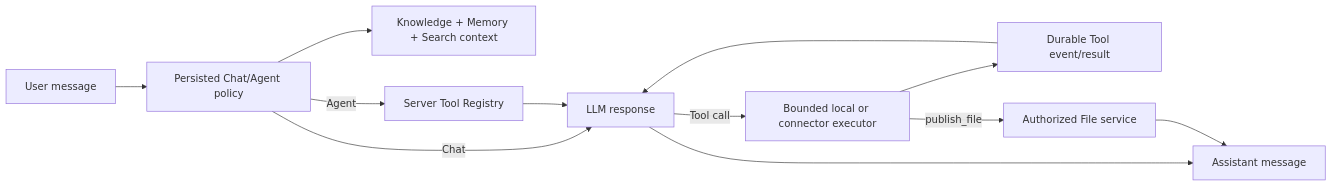
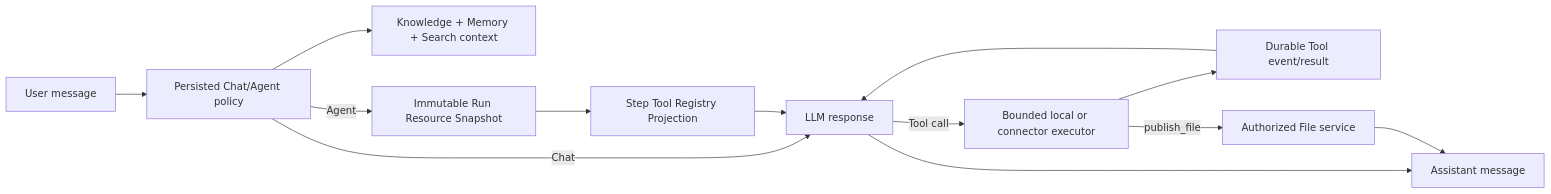
Before and after one commit to mumu-0922/NEObot: the first of 2 diagrams in mm-chat/docs/architecture/agent-runtime.md, drawn with Mermaid. The commit also changed other lines of this file and 14 other files, not shown here.

Commit message:
feat: unify agent runtime resource registry

````diff
--- a/mm-chat/docs/architecture/agent-runtime.md
+++ b/mm-chat/docs/architecture/agent-runtime.md
@@ -24,14 +24,15 @@
 ```mermaid
 flowchart LR
   U[User message] --> P[Persisted Chat/Agent policy]
   P --> C[Knowledge + Memory + Search context]
   P -->|Chat| L[LLM response]
-  P -->|Agent| R[Server Tool Registry]
+  P -->|Agent| S[Immutable Run Resource Snapshot]
+  S --> R[Step Tool Registry Projection]
   R --> L
   L -->|Tool call| X[Bounded local or connector executor]
   X --> E[Durable Tool event/result]
   E --> L
   L --> A[Assistant message]
   X -->|publish_file| F[Authorized File service]
   F --> A
 ```
````
